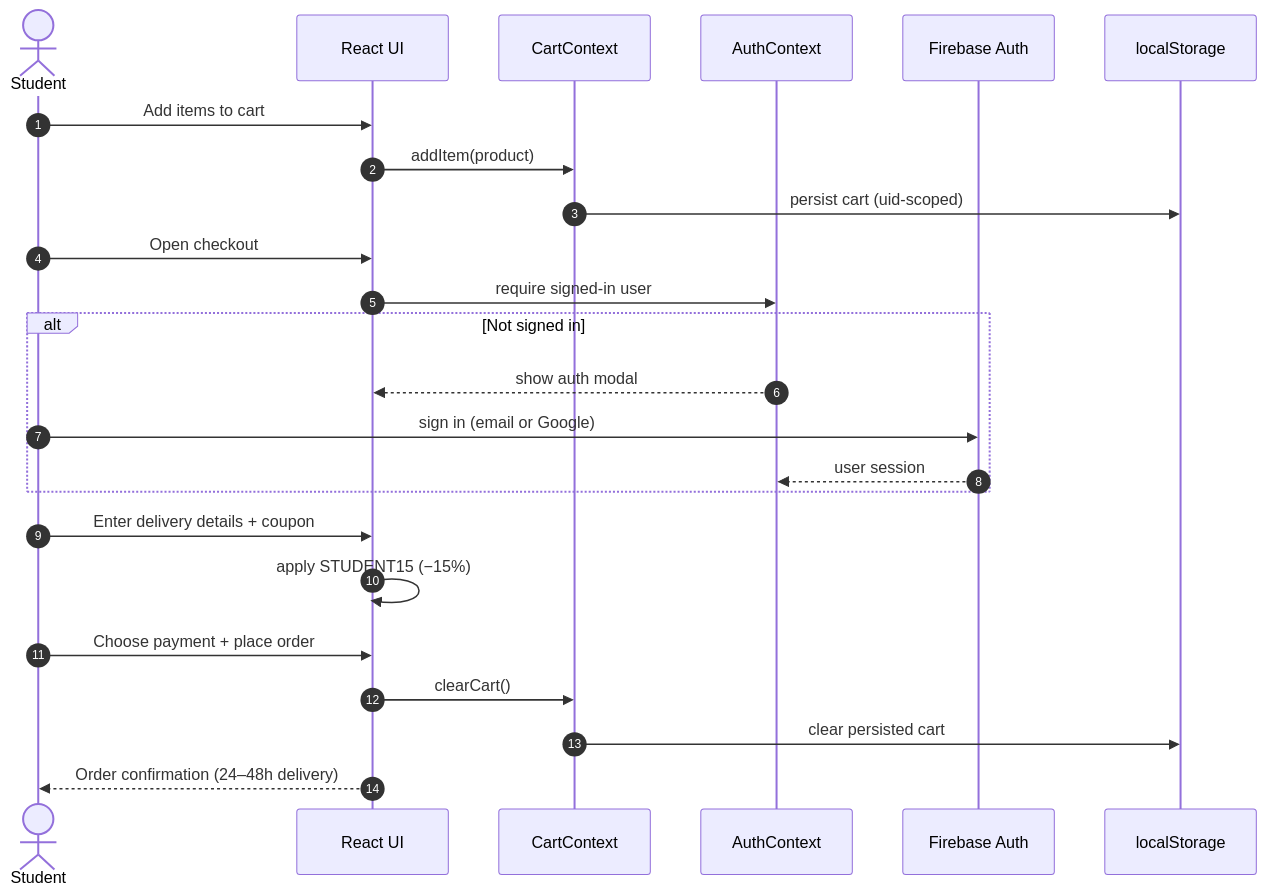
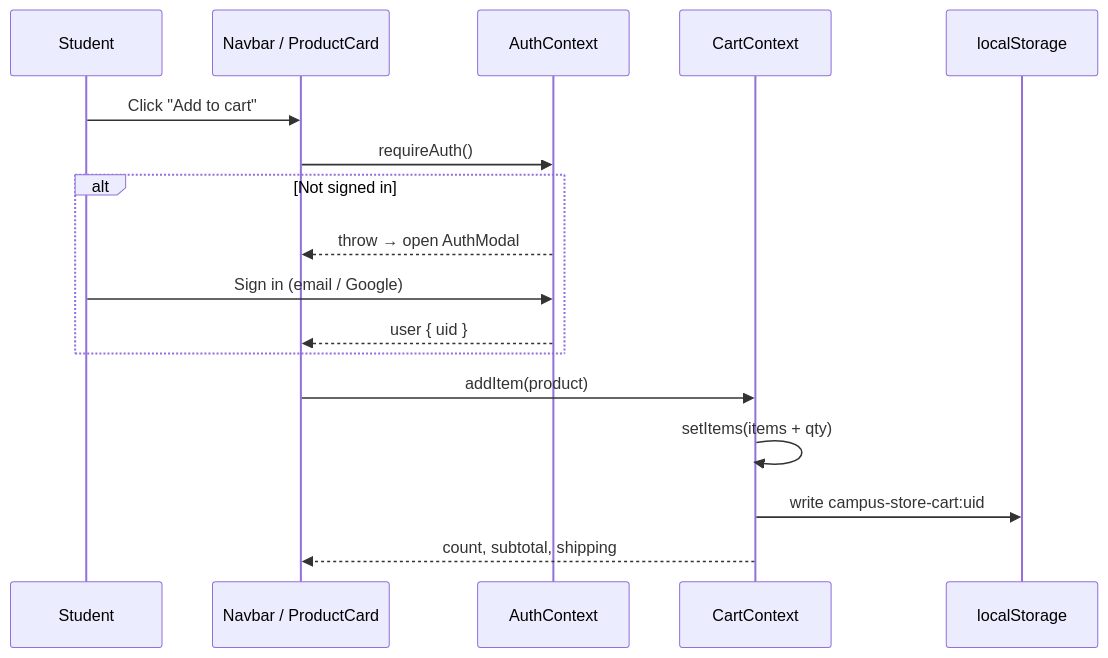
Before and after one commit to shivamkumar0097/campus-store: the second of 3 diagrams in README.md, drawn with Mermaid. The commit also changed other lines of this file and 2 other files, not shown here.

````diff
--- a/README.md
+++ b/README.md
@@ -110,27 +153,20 @@
 ```mermaid
 sequenceDiagram
-    autonumber
-    actor S as Student
-    participant UI as React UI
-    participant Cart as CartContext
-    participant Auth as AuthContext
-    participant FB as Firebase Auth
-    participant LS as localStorage
+    participant U as Student
+    participant N as Navbar / ProductCard
+    participant A as AuthContext
+    participant C as CartContext
+    participant L as localStorage
 
-    S->>UI: Add items to cart
-    UI->>Cart: addItem(product)
-    Cart->>LS: persist cart (uid-scoped)
-    S->>UI: Open checkout
-    UI->>Auth: require signed-in user
+    U->>N: Click "Add to cart"
+    N->>A: requireAuth()
     alt Not signed in
-        Auth-->>UI: show auth modal
-        S->>FB: sign in (email or Google)
-        FB-->>Auth: user session
+        A-->>N: throw → open AuthModal
+        U->>A: Sign in (email / Google)
+        A-->>N: user { uid }
     end
-    S->>UI: Enter delivery details + coupon
-    UI->>UI: apply STUDENT15 (−15%)
-    S->>UI: Choose payment + place order
-    UI->>Cart: clearCart()
-    Cart->>LS: clear persisted cart
-    UI-->>S: Order confirmation (24–48h delivery)
+    N->>C: addItem(product)
+    C->>C: setItems(items + qty)
+    C->>L: write campus-store-cart:uid
+    C-->>N: count, subtotal, shipping
 ```
````
